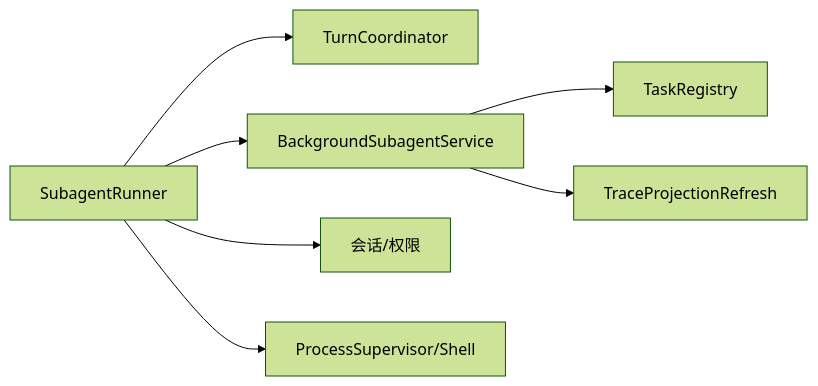
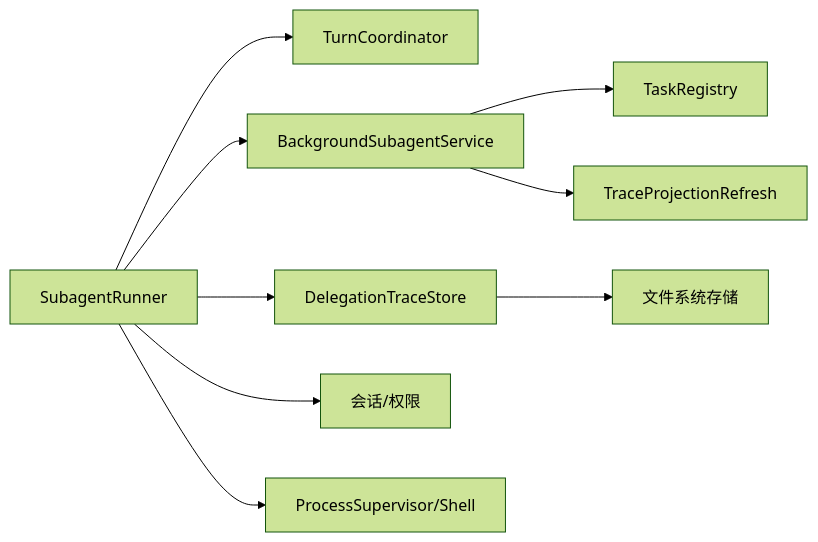
Before and after one commit to haolange/RDC-Agent: the eighth of 8 diagrams in .qoder/repowiki/zh/content/架构设计/主进程架构/Agent 编排系统/SubagentRunner 子代理执行器.md, drawn with Mermaid (forest theme). The commit also changed other lines of this file and 25 other files, not shown here.

````diff
--- a/.qoder/repowiki/zh/content/架构设计/主进程架构/Agent 编排系统/SubagentRunner 子代理执行器.md
+++ b/.qoder/repowiki/zh/content/架构设计/主进程架构/Agent 编排系统/SubagentRunner 子代理执行器.md
@@ -302,9 +353,11 @@
 ```mermaid
 graph LR
 Runner["SubagentRunner"] --> TC["TurnCoordinator"]
 Runner --> BGS["BackgroundSubagentService"]
+Runner --> DTS["DelegationTraceStore"]
 BGS --> TR["TaskRegistry"]
 Runner --> Perm["会话/权限"]
 Runner --> Proc["ProcessSupervisor/Shell"]
 BGS --> Proj["TraceProjectionRefresh"]
+DTS --> FS["文件系统存储"]
 ```
````
